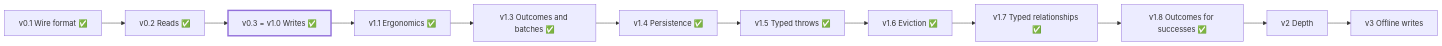
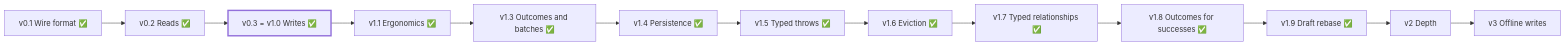
One commit to winsmith/ion-kit changed the second of 2 diagrams in docs/ARCHITECTURE.md. Above: the diagram before and after it, drawn with Mermaid. The commit also changed other lines of this file and 3 other files, not shown here.

First line of the commit message:
IonKit 1.9: Draft.conflicts(against:) and Draft.rebase(onto:)

````diff
--- a/docs/ARCHITECTURE.md
+++ b/docs/ARCHITECTURE.md
@@ -514,5 +521,5 @@
 ```mermaid
 flowchart LR
-    v01["v0.1 Wire format ✅"] --> v02["v0.2 Reads ✅"] --> v03["v0.3 = v1.0 Writes ✅"] --> v1x["v1.1 Ergonomics ✅"] --> v13["v1.3 Outcomes and batches ✅"] --> v14["v1.4 Persistence ✅"] --> v15["v1.5 Typed throws ✅"] --> v16["v1.6 Eviction ✅"] --> v17["v1.7 Typed relationships ✅"] --> v18["v1.8 Outcomes for successes ✅"] --> v2["v2 Depth"] --> v3["v3 Offline writes"]
+    v01["v0.1 Wire format ✅"] --> v02["v0.2 Reads ✅"] --> v03["v0.3 = v1.0 Writes ✅"] --> v1x["v1.1 Ergonomics ✅"] --> v13["v1.3 Outcomes and batches ✅"] --> v14["v1.4 Persistence ✅"] --> v15["v1.5 Typed throws ✅"] --> v16["v1.6 Eviction ✅"] --> v17["v1.7 Typed relationships ✅"] --> v18["v1.8 Outcomes for successes ✅"] --> v19["v1.9 Draft rebase ✅"] --> v2["v2 Depth"] --> v3["v3 Offline writes"]
     style v03 stroke-width:3px
 ```
````
